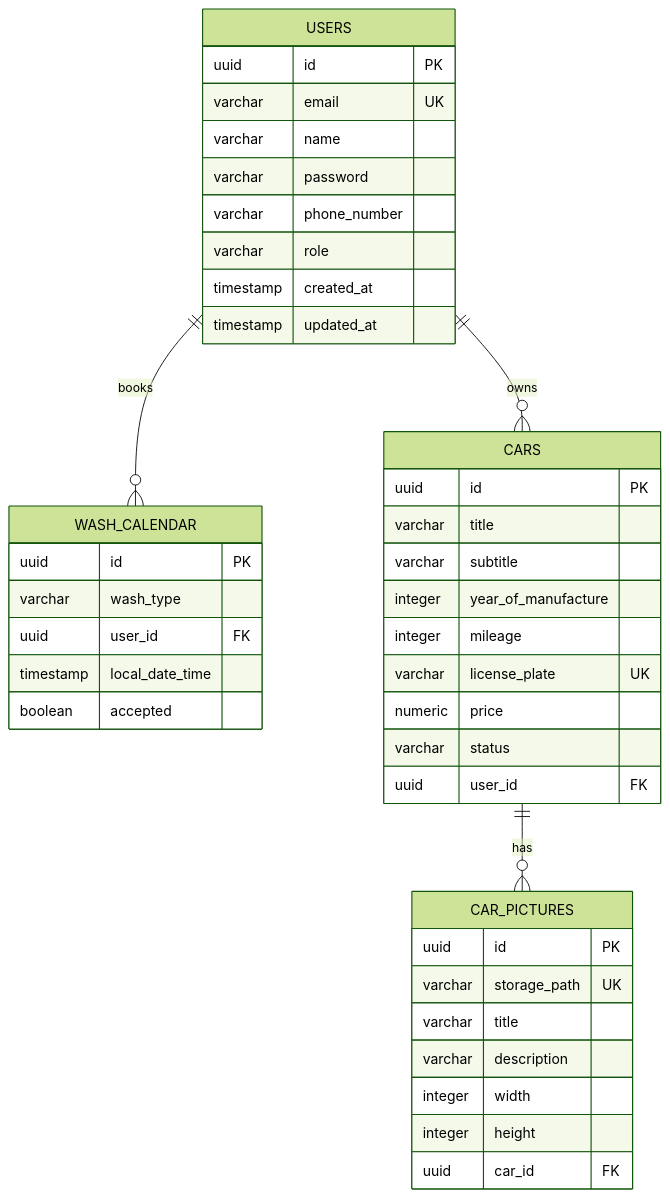
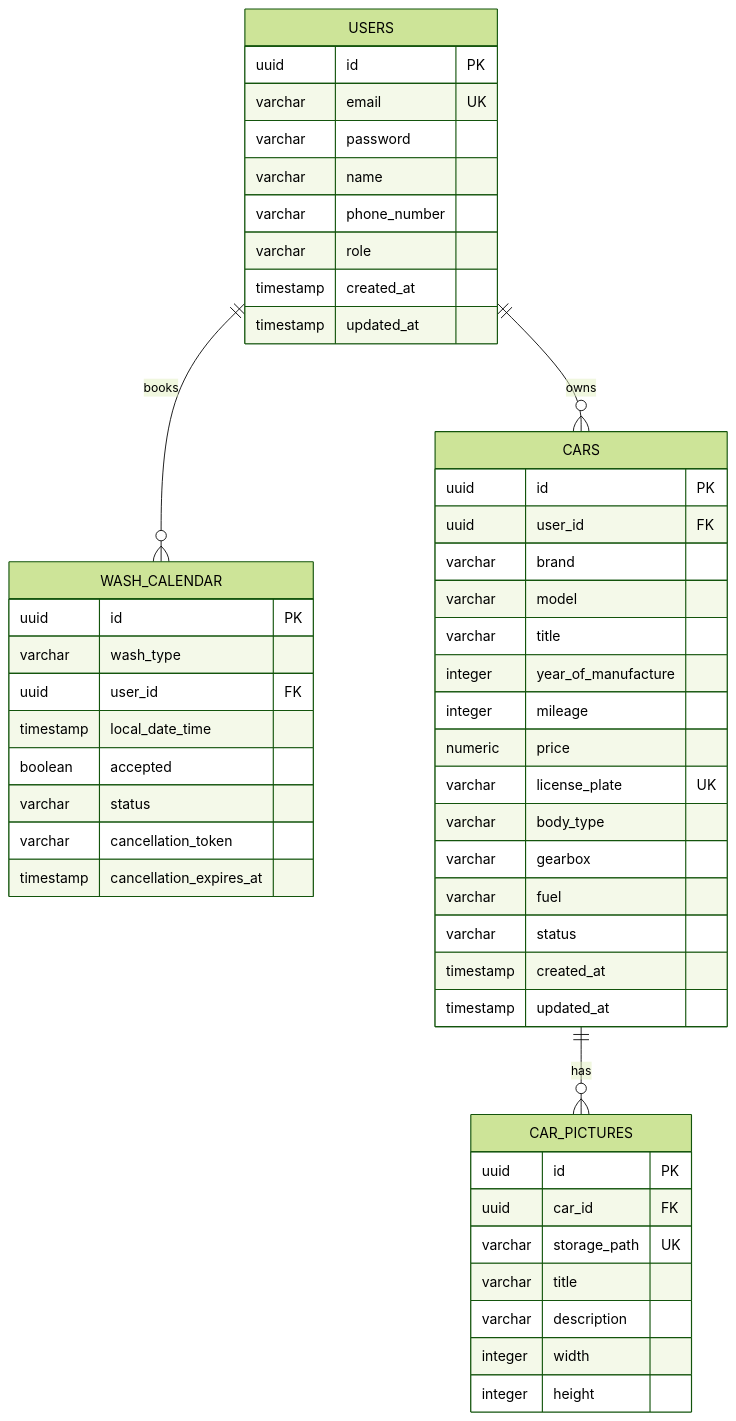
The seventh of 9 diagrams in README.md (yassineao/poetsanders), drawn with Mermaid (forest theme) before and after one commit. The commit also changed other lines of this file and 1 other file, not shown here.

````diff
--- a/README.md
+++ b/README.md
@@ -941,47 +464,56 @@
 ```mermaid
 erDiagram
     USERS ||--o{ WASH_CALENDAR : books
     USERS ||--o{ CARS : owns
     CARS ||--o{ CAR_PICTURES : has
 
     USERS {
         uuid id PK
         varchar email UK
+        varchar password
         varchar name
-        varchar password
         varchar phone_number
         varchar role
         timestamp created_at
         timestamp updated_at
     }
 
     WASH_CALENDAR {
         uuid id PK
         varchar wash_type
         uuid user_id FK
         timestamp local_date_time
         boolean accepted
+        varchar status
+        varchar cancellation_token
+        timestamp cancellation_expires_at
     }
 
     CARS {
         uuid id PK
+        uuid user_id FK
+        varchar brand
+        varchar model
         varchar title
-        varchar subtitle
         integer year_of_manufacture
         integer mileage
+        numeric price
         varchar license_plate UK
-        numeric price
+        varchar body_type
+        varchar gearbox
+        varchar fuel
         varchar status
-        uuid user_id FK
+        timestamp created_at
+        timestamp updated_at
     }
 
     CAR_PICTURES {
         uuid id PK
+        uuid car_id FK
         varchar storage_path UK
         varchar title
         varchar description
         integer width
         integer height
-        uuid car_id FK
     }
 ```
````
